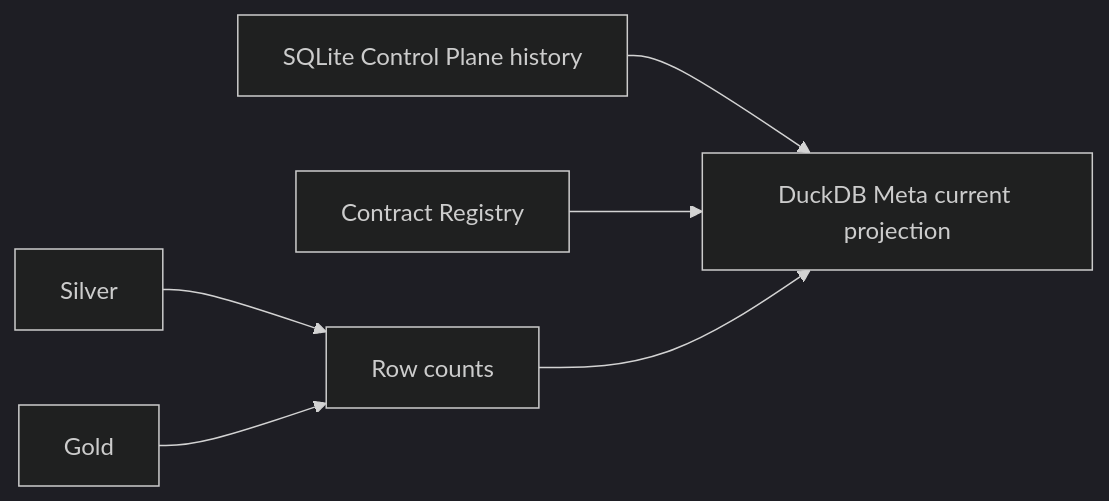
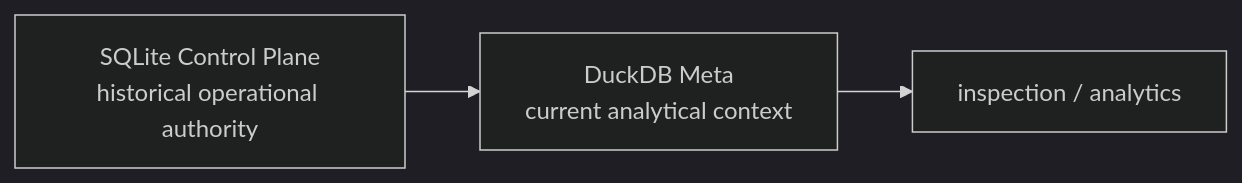
The diagram in docs/reference/meta-data-contracts.md (tks18/personal-finance-etl), drawn with Mermaid (dark theme) before and after one commit. The commit also changed other lines of this file and 7 other files, not shown here.

````diff
--- a/docs/reference/meta-data-contracts.md
+++ b/docs/reference/meta-data-contracts.md
@@ -5,8 +95,7 @@
 ```mermaid
 flowchart LR
-    CP[SQLite Control Plane history] --> M[DuckDB Meta current projection]
-    REG[Contract Registry] --> M
-    S[Silver] --> RC[Row counts]
-    G[Gold] --> RC
-    RC --> M
+    CP["SQLite Control Plane
+historical operational authority"] --> M["DuckDB Meta
+current analytical context"]
+    M --> BI["inspection / analytics"]
 ```
````
